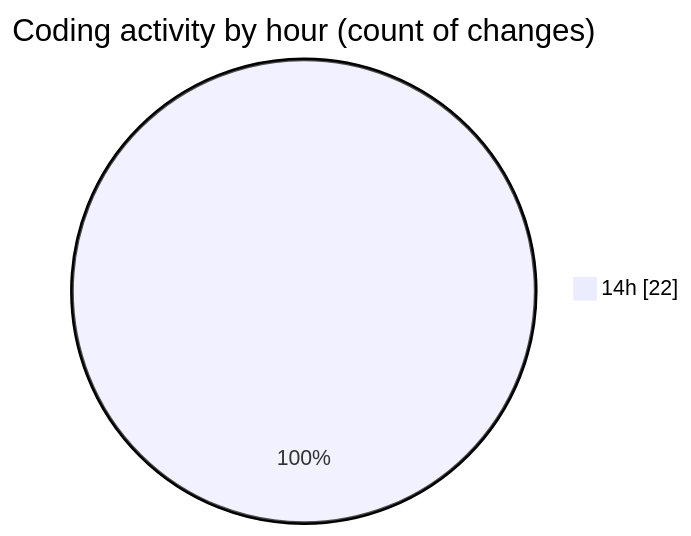
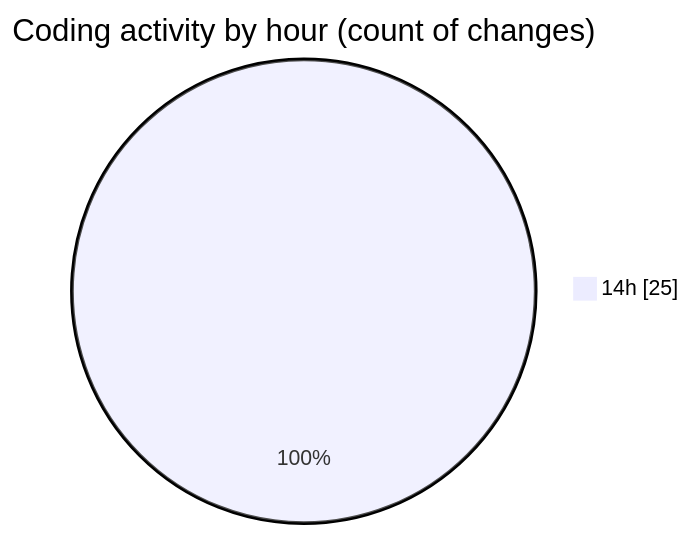
The second of 2 diagrams in 2025-07-07/argos/README.md (nxtqubesakshisongat/code-tracking), drawn with Mermaid before and after one commit. The commit also changed other lines of this file and 1 other file, not shown here.

````diff
--- a/2025-07-07/argos/README.md
+++ b/2025-07-07/argos/README.md
@@ -30,5 +30,5 @@
 ```mermaid
 pie showData
 title Coding activity by hour (count of changes)
-"14h" : 22
+"14h" : 25
 ```
````
